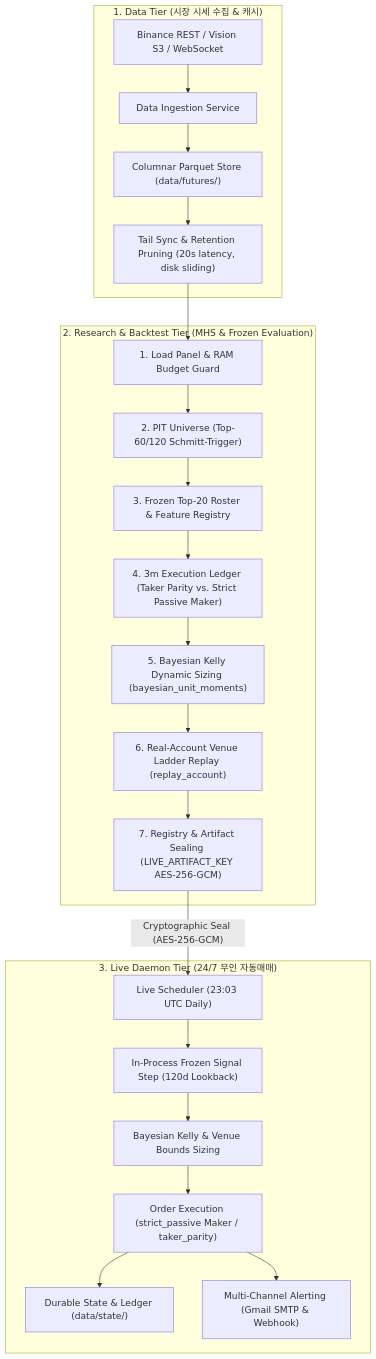
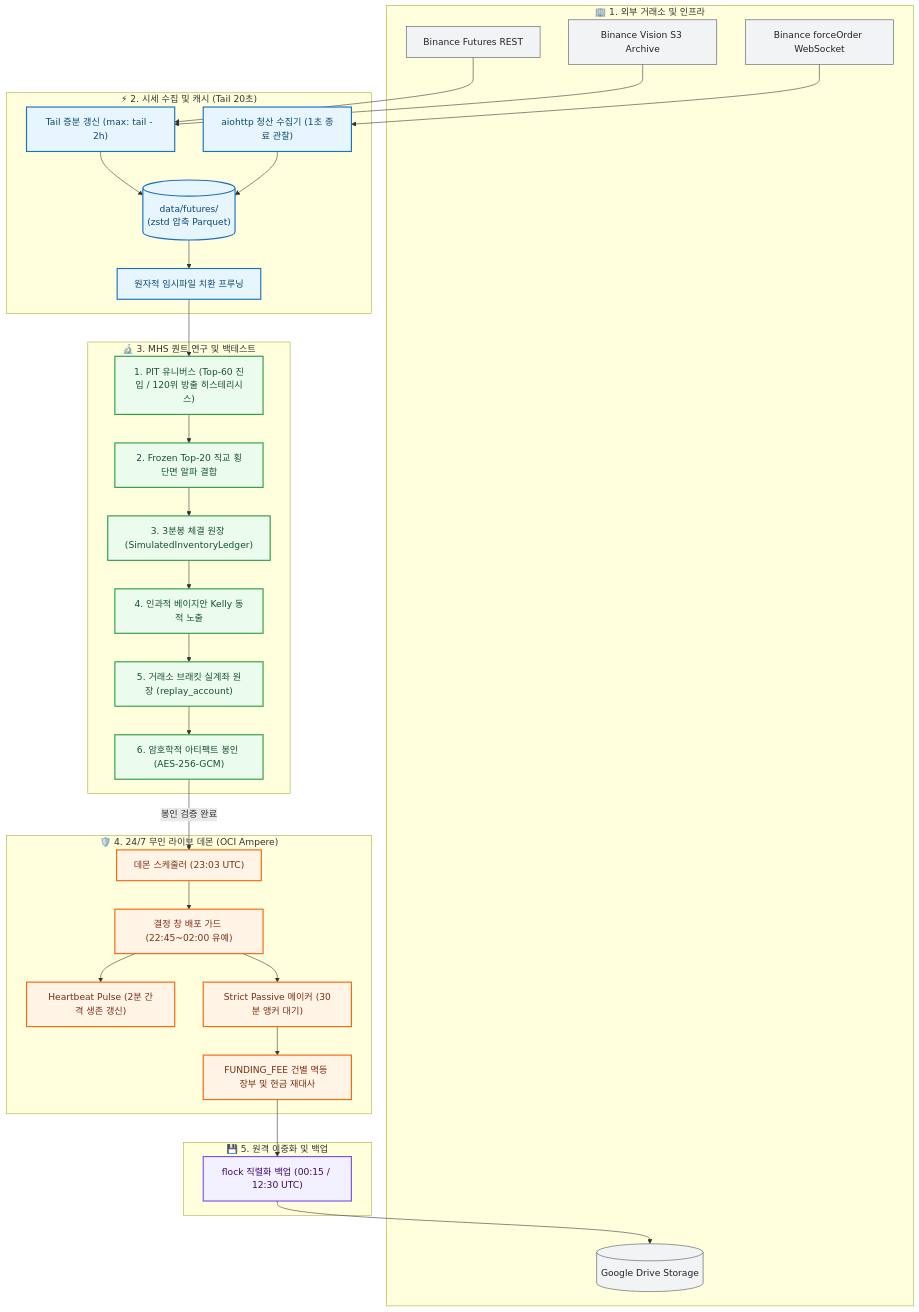
The diagram in README.md (KTHYEONG/crypto-pilot), drawn with Mermaid before and after one commit. The commit also changed other lines of this file and 8 other files, not shown here.

````diff
--- a/README.md
+++ b/README.md
@@ -66,27 +50,44 @@
 ```mermaid
 flowchart TD
-    subgraph DataLayer ["1. Data Tier (시장 시세 수집 & 캐시)"]
-        DS["Binance REST / Vision S3 / WebSocket"] --> DI["Data Ingestion Service"]
-        DI --> FS["Columnar Parquet Store (data/futures/)"]
-        FS --> PR["Tail Sync & Retention Pruning (20s latency, disk sliding)"]
+    classDef vendor fill:#f1f3f5,stroke:#495057,stroke-width:1px,color:#212529;
+    classDef stage1 fill:#e7f5ff,stroke:#1971c2,stroke-width:2px,color:#0c4a6e;
+    classDef stage2 fill:#ebfbee,stroke:#2f9e44,stroke-width:2px,color:#14532d;
+    classDef stage3 fill:#f3f0ff,stroke:#7950f2,stroke-width:2px,color:#3b0764;
+    classDef stage4 fill:#fff4e6,stroke:#f76707,stroke-width:2px,color:#7c2d12;
+
+    subgraph Vendors ["🏢 1. 외부 거래소 및 인프라"]
+        FAPI["Binance Futures REST"]:::vendor
+        VISION["Binance Vision S3 Archive"]:::vendor
+        WS["Binance forceOrder WebSocket"]:::vendor
+        GDRIVE[("Google Drive Storage")]:::vendor
     end
 
-    subgraph ResearchPipeline ["2. Research & Backtest Tier (MHS & Frozen Evaluation)"]
-        PR --> S1["1. Load Panel & RAM Budget Guard"]
-        S1 --> S2["2. PIT Universe (Top-60/120 Schmitt-Trigger)"]
-        S2 --> S3["3. Frozen Top-20 Roster & Feature Registry"]
-        S3 --> S4["4. 3m Execution Ledger (Taker Parity vs. Strict Passive Maker)"]
-        S4 --> S5["5. Bayesian Kelly Dynamic Sizing (bayesian_unit_moments)"]
-        S5 --> S6["6. Real-Account Venue Ladder Replay (replay_account)"]
-        S6 --> S7["7. Registry & Artifact Sealing (LIVE_ARTIFACT_KEY AES-256-GCM)"]
+    subgraph DataTier ["⚡ 2. 시세 수집 및 캐시 (Tail 20초)"]
+        FAPI & VISION --> Refresh["Tail 증분 갱신 (max: tail - 2h)"]:::stage1
+        WS --> Stream["aiohttp 청산 수집기 (1초 종료 관찰)"]:::stage1
+        Refresh & Stream --> ParquetStore[("data/futures/<br/>(zstd 압축 Parquet)")]:::stage1
+        ParquetStore --> Prune["원자적 임시파일 치환 프루닝"]:::stage1
     end
 
-    subgraph LiveDaemon ["3. Live Daemon Tier (24/7 무인 자동매매)"]
-        S7 -->|"Cryptographic Seal (AES-256-GCM)"| LD["Live Scheduler (23:03 UTC Daily)"]
-        LD --> SS["In-Process Frozen Signal Step (120d Lookback)"]
-        SS --> SC["Bayesian Kelly & Venue Bounds Sizing"]
-        SC --> EX["Order Execution (strict_passive Maker / taker_parity)"]
-        EX --> ST["Durable State & Ledger (data/state/)"]
-        EX --> AL["Multi-Channel Alerting (Gmail SMTP & Webhook)"]
+    subgraph ResearchTier ["🔬 3. MHS 퀀트 연구 및 백테스트"]
+        Prune --> S1["1. PIT 유니버스 (Top-60 진입 / 120위 방출 히스테리시스)"]:::stage2
+        S1 --> S2["2. Frozen Top-20 직교 횡단면 알파 결합"]:::stage2
+        S2 --> S3["3. 3분봉 체결 원장 (SimulatedInventoryLedger)"]:::stage2
+        S3 --> S4["4. 인과적 베이지안 Kelly 동적 노출"]:::stage2
+        S4 --> S5["5. 거래소 브래킷 실계좌 원장 (replay_account)"]:::stage2
+        S5 --> S6["6. 암호학적 아티팩트 봉인 (AES-256-GCM)"]:::stage2
+    end
+
+    subgraph LiveTier ["🛡️ 4. 24/7 무인 라이브 데몬 (OCI Ampere)"]
+        S6 -->|봉인 검증 완료| Scheduler["데몬 스케줄러 (23:03 UTC)"]:::stage4
+        Scheduler --> DeployGate["결정 창 배포 가드 (22:45~02:00 유예)"]:::stage4
+        DeployGate --> Pulse["Heartbeat Pulse (2분 간격 생존 갱신)"]:::stage4
+        DeployGate --> Execution["Strict Passive 메이커 (30분 앵커 대기)"]:::stage4
+        Execution --> TaxLedger["FUNDING_FEE 건별 멱등 장부 및 현금 재대사"]:::stage4
+    end
+
+    subgraph BackupTier ["💾 5. 원격 이중화 및 백업"]
+        TaxLedger --> Backup["flock 직렬화 백업 (00:15 / 12:30 UTC)"]:::stage3
+        Backup --> GDRIVE
     end
 ```
````
